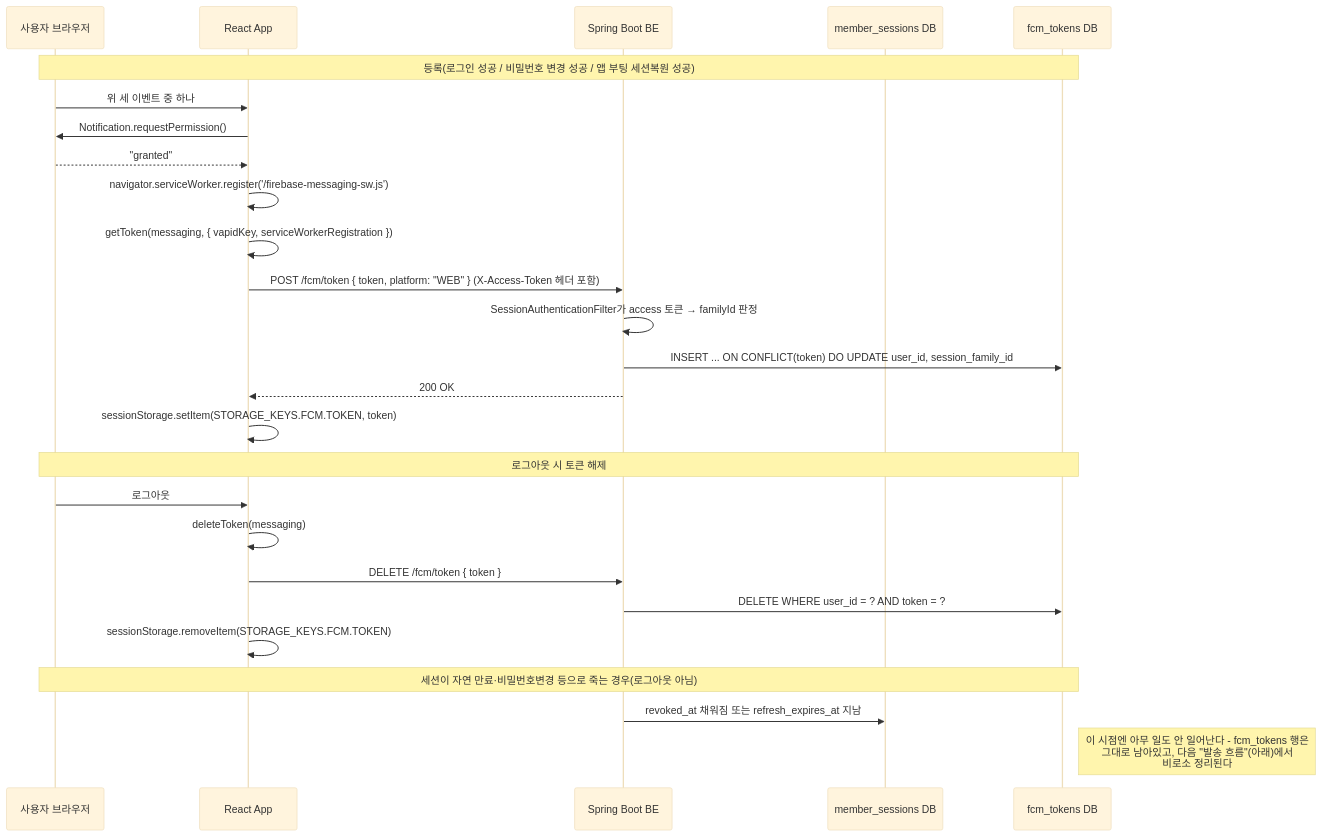
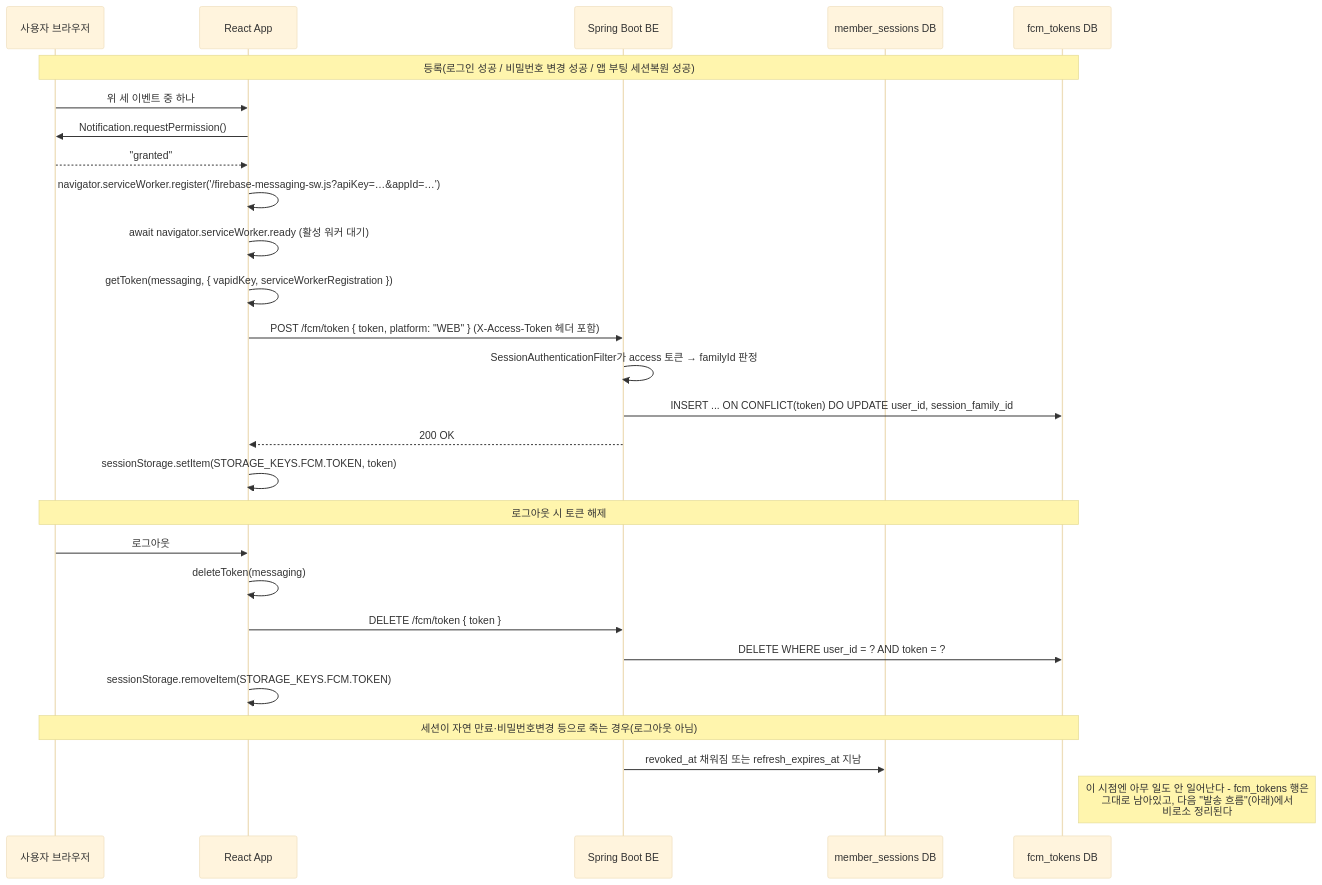
One commit to BAECHAN/link-sphere_FE_NEW changed the second of 3 diagrams in docs/FCM-PUSH-NOTIFICATION.md. Above: the diagram before and after it, drawn with Mermaid (base theme). The commit also changed other lines of this file and 6 other files, not shown here.

````diff
--- a/docs/FCM-PUSH-NOTIFICATION.md
+++ b/docs/FCM-PUSH-NOTIFICATION.md
@@ -129,31 +129,32 @@
 ```mermaid
 sequenceDiagram
   participant User as 사용자 브라우저
   participant FE as React App
   participant BE as Spring Boot BE
   participant SessDB as member_sessions DB
   participant DB as fcm_tokens DB
 
   Note over User,DB: 등록(로그인 성공 / 비밀번호 변경 성공 / 앱 부팅 세션복원 성공)
   User->>FE: 위 세 이벤트 중 하나
   FE->>User: Notification.requestPermission()
   User-->>FE: "granted"
-  FE->>FE: navigator.serviceWorker.register('/firebase-messaging-sw.js')
+  FE->>FE: navigator.serviceWorker.register('/firebase-messaging-sw.js?apiKey=…&appId=…')
+  FE->>FE: await navigator.serviceWorker.ready (활성 워커 대기)
   FE->>FE: getToken(messaging, { vapidKey, serviceWorkerRegistration })
   FE->>BE: POST /fcm/token { token, platform: "WEB" } (X-Access-Token 헤더 포함)
   BE->>BE: SessionAuthenticationFilter가 access 토큰 → familyId 판정
   BE->>DB: INSERT ... ON CONFLICT(token) DO UPDATE user_id, session_family_id
   BE-->>FE: 200 OK
   FE->>FE: sessionStorage.setItem(STORAGE_KEYS.FCM.TOKEN, token)
 
   Note over User,DB: 로그아웃 시 토큰 해제
   User->>FE: 로그아웃
   FE->>FE: deleteToken(messaging)
   FE->>BE: DELETE /fcm/token { token }
   BE->>DB: DELETE WHERE user_id = ? AND token = ?
   FE->>FE: sessionStorage.removeItem(STORAGE_KEYS.FCM.TOKEN)
 
   Note over User,DB: 세션이 자연 만료·비밀번호변경 등으로 죽는 경우(로그아웃 아님)
   BE->>SessDB: revoked_at 채워짐 또는 refresh_expires_at 지남
   Note right of DB: 이 시점엔 아무 일도 안 일어난다 - fcm_tokens 행은<br/>그대로 남아있고, 다음 "발송 흐름"(아래)에서<br/>비로소 정리된다
 ```
````
